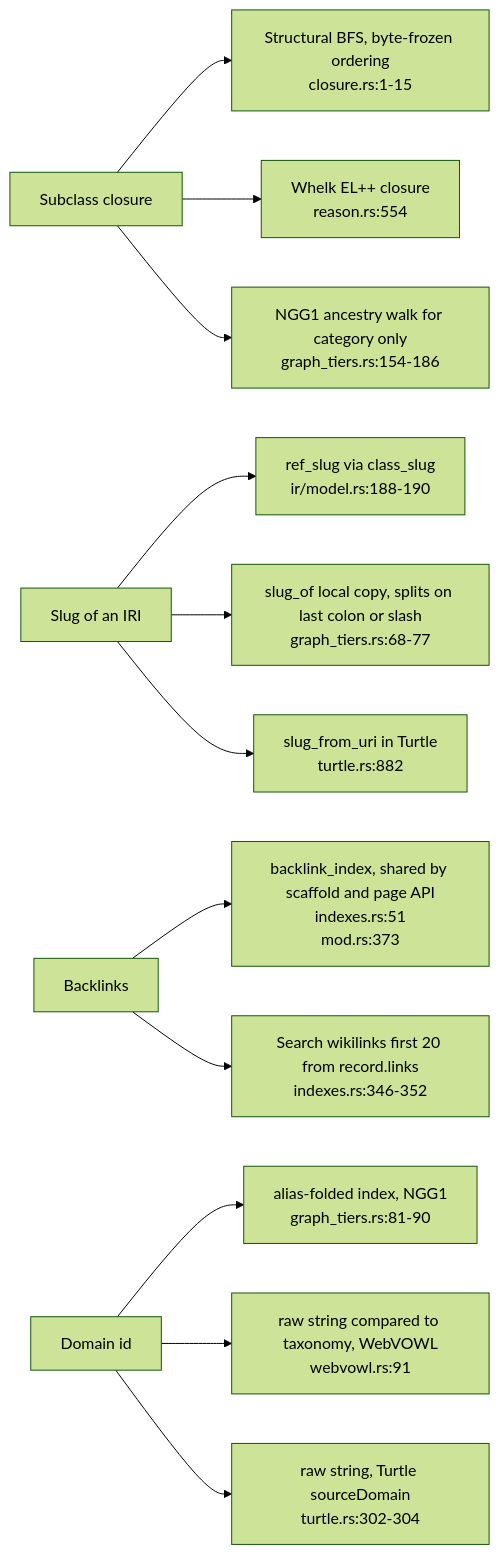
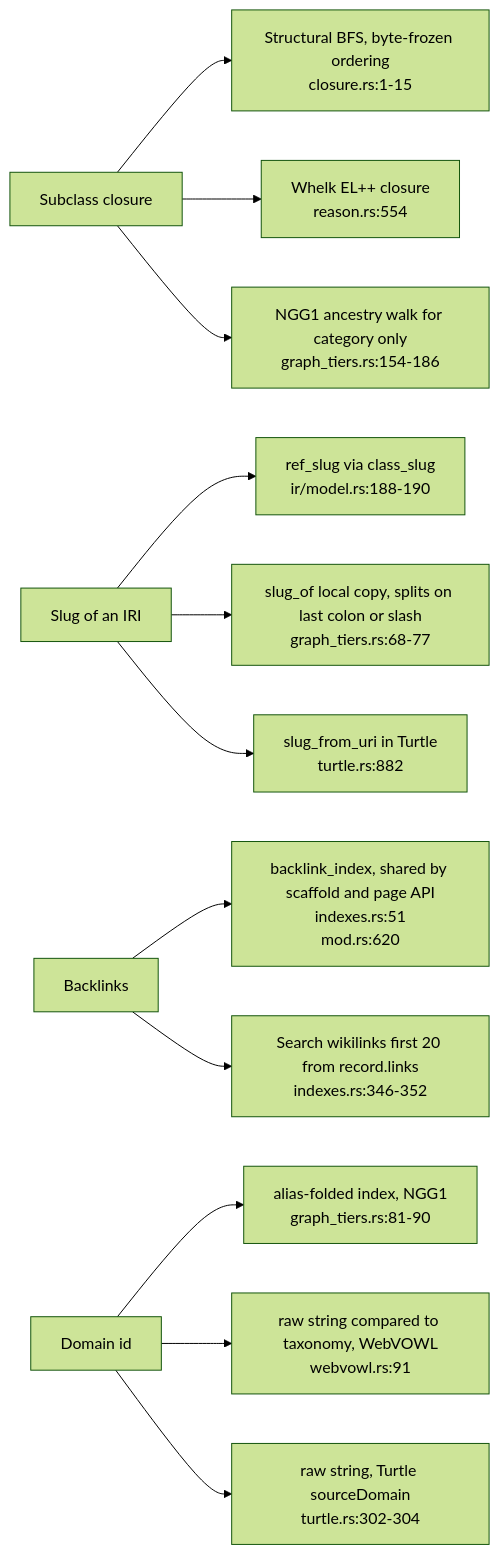
One commit to DreamLab-AI/VisionFlow changed the seventh of 7 diagrams in docs/diagrams/ontomark/04-emitters-turtle-indexes-tiers-and-contract-c3.md. Above: the diagram before and after it, drawn with Mermaid (forest theme). The commit also changed other lines of this file and 10 other files, not shown here.

First line of the commit message:
docs(diagrams): re-stamp the ontomark corpus at ee9e04a; OM-06 machine scope and ingest contract

````diff
--- a/docs/diagrams/ontomark/04-emitters-turtle-indexes-tiers-and-contract-c3.md
+++ b/docs/diagrams/ontomark/04-emitters-turtle-indexes-tiers-and-contract-c3.md
@@ -223,22 +227,22 @@
 ```mermaid
 flowchart LR
     SUBC["Subclass closure"]
     SUBC1["Structural BFS, byte-frozen ordering<br/>closure.rs:1-15"]
     SUBC2["Whelk EL++ closure<br/>reason.rs:554"]
     SUBC3["NGG1 ancestry walk for category only<br/>graph_tiers.rs:154-186"]
     SLUG["Slug of an IRI"]
     SLUG1["ref_slug via class_slug<br/>ir/model.rs:188-190"]
     SLUG2["slug_of local copy, splits on last colon or slash<br/>graph_tiers.rs:68-77"]
     SLUG3["slug_from_uri in Turtle<br/>turtle.rs:882"]
     BLK["Backlinks"]
-    BLK1["backlink_index, shared by scaffold and page API<br/>indexes.rs:51<br/>mod.rs:373"]
+    BLK1["backlink_index, shared by scaffold and page API<br/>indexes.rs:51<br/>mod.rs:620"]
     BLK2["Search wikilinks first 20 from record.links<br/>indexes.rs:346-352"]
     DOMN["Domain id"]
     DOMN1["alias-folded index, NGG1<br/>graph_tiers.rs:81-90"]
     DOMN2["raw string compared to taxonomy, WebVOWL<br/>webvowl.rs:91"]
     DOMN3["raw string, Turtle sourceDomain<br/>turtle.rs:302-304"]
     SUBC --> SUBC1 & SUBC2 & SUBC3
     SLUG --> SLUG1 & SLUG2 & SLUG3
     BLK --> BLK1 & BLK2
     DOMN --> DOMN1 & DOMN2 & DOMN3
 ```
````
